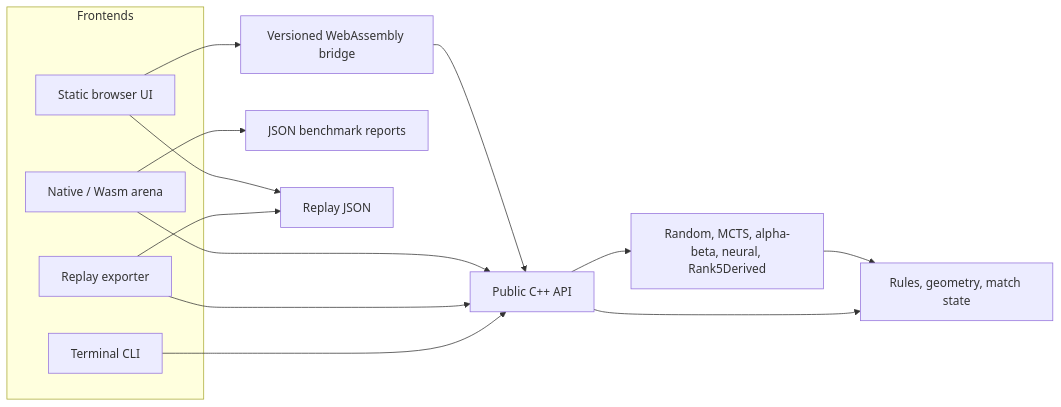
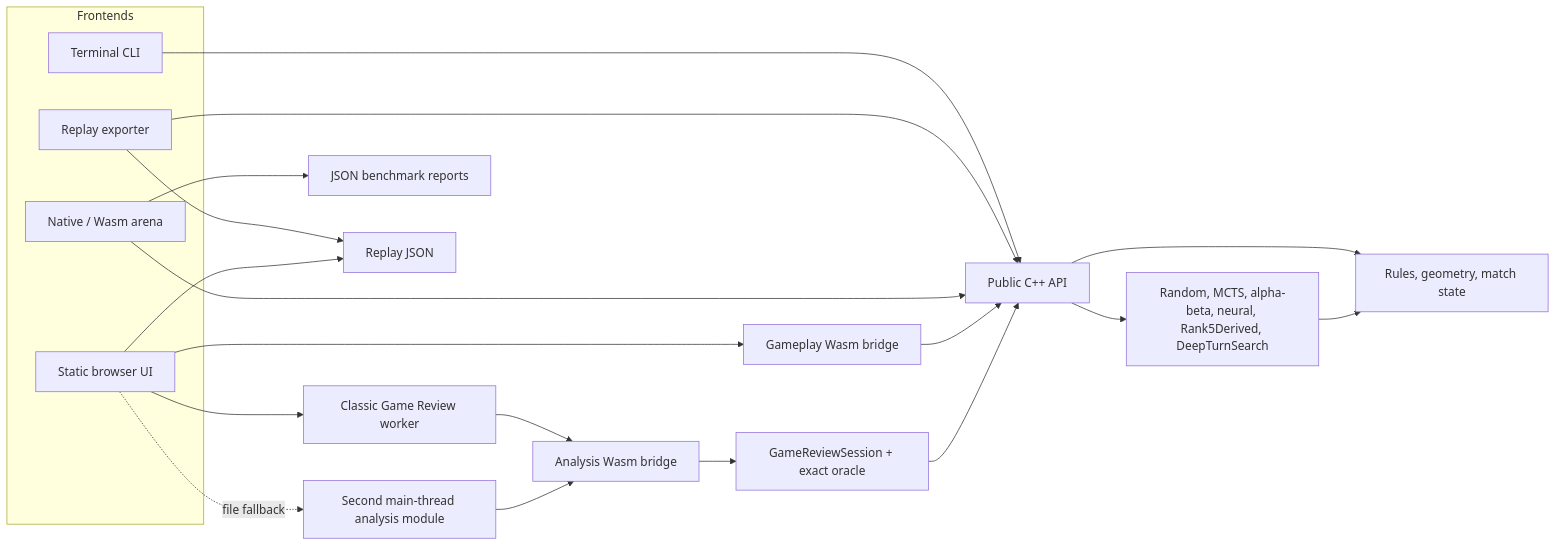
Before and after one commit to Lecorbio/paper-soccer-strategy-engine: the diagram in docs/architecture.md, drawn with Mermaid. The commit also changed other lines of this file and 68 other files, not shown here.

Commit message:
Add possession-aware game review foundation

````diff
--- a/docs/architecture.md
+++ b/docs/architecture.md
@@ -11,23 +11,29 @@
 ```mermaid
 flowchart LR
     subgraph Frontends
         CLI[Terminal CLI]
         Replay[Replay exporter]
         Arena[Native / Wasm arena]
         Browser[Static browser UI]
     end
 
-    Browser --> Bridge[Versioned WebAssembly bridge]
+    Browser --> LiveBridge[Gameplay Wasm bridge]
+    Browser --> Worker[Classic Game Review worker]
+    Browser -. file fallback .-> ReviewMain[Second main-thread analysis module]
+    Worker --> ReviewBridge[Analysis Wasm bridge]
+    ReviewMain --> ReviewBridge
     CLI --> API[Public C++ API]
     Replay --> API
     Arena --> API
-    Bridge --> API
+    LiveBridge --> API
+    ReviewBridge --> Review[GameReviewSession + exact oracle]
+    Review --> API
 
     API --> Core[Rules, geometry, match state]
-    API --> Bots[Random, MCTS, alpha-beta, neural, Rank5Derived]
+    API --> Bots[Random, MCTS, alpha-beta, neural, Rank5Derived, DeepTurnSearch]
     Bots --> Core
 
     Arena --> Reports[JSON benchmark reports]
     Replay --> Replays[Replay JSON]
     Browser --> Replays
 ```
````
